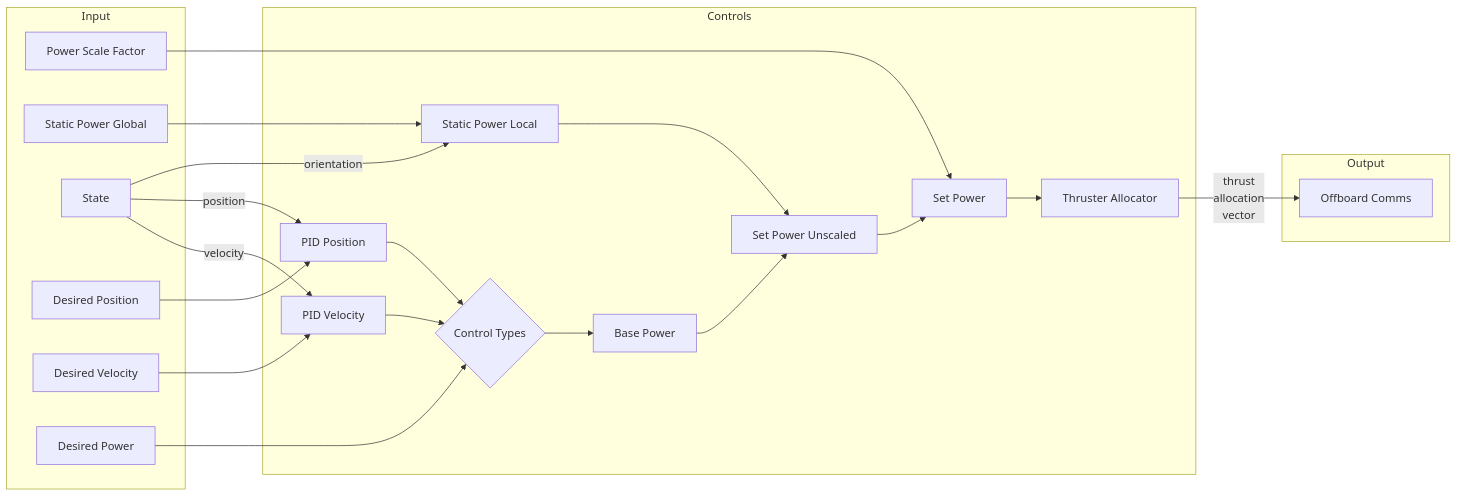
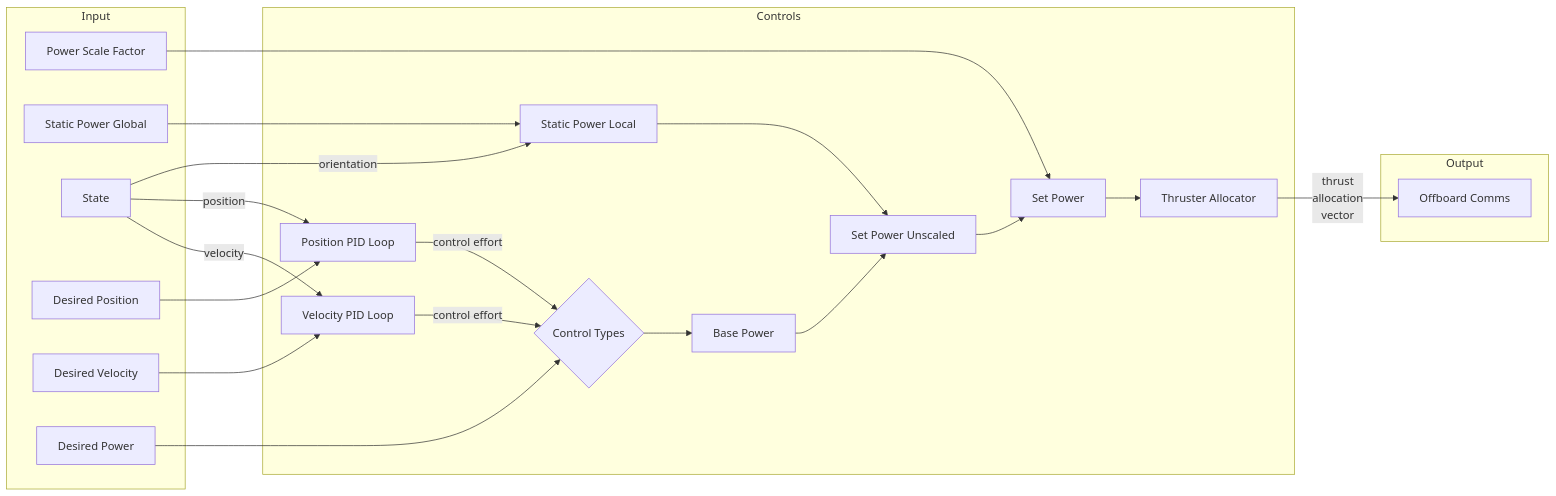
One commit to DukeRobotics/robosub-ros changed the diagram in onboard/catkin_ws/src/controls/README.md. Above: the diagram before and after it, drawn with Mermaid. The commit also changed other lines of this file, not shown here.

````diff
--- a/onboard/catkin_ws/src/controls/README.md
+++ b/onboard/catkin_ws/src/controls/README.md
@@ -53,49 +52,49 @@
 ```mermaid
 flowchart LR
     power_scale_factor[Power Scale Factor] --> set_power[Set Power]
     static_power_global[Static Power Global] ---> static_power_local[Static Power Local]
     state[State] -- orientation --> static_power_local
 
-    state -- position --> pid_position[PID Position]
-    desired_position[Desired Position] --> pid_position[PID Position]
+    state -- position --> position_pid_loop[Position PID Loop]
+    desired_position[Desired Position] --> position_pid_loop
 
-    desired_velocity[Desired Velocity] --> pid_velocity[PID Velocity]
-    state[State] -- velocity --> pid_velocity[PID Velocity]
+    desired_velocity[Desired Velocity] --> velocity_pid_loop[Velocity PID Loop]
+    state[State] -- velocity --> velocity_pid_loop
 
     desired_power[Desired Power] ---> control_types
 
-    pid_position --> control_types{Control Types}
-    pid_velocity --> control_types
+    position_pid_loop -- control effort --> control_types{Control Types}
+    velocity_pid_loop -- control effort --> control_types
 
     control_types --> base_power[Base Power]
     base_power --> set_power_unscaled[Set Power]
     static_power_local --> set_power_unscaled[Set Power Unscaled]
     set_power_unscaled --> set_power
     set_power --> thruster_allocator[Thruster Allocator]
-    thruster_allocator --thrust<br>allocation<br>vector--> offboard_comms[Offboard Comms]
+    thruster_allocator -- thrust <br> allocation <br> vector --> offboard_comms[Offboard Comms]
 
     subgraph Input
         power_scale_factor
         static_power_global
         state
         desired_position
         desired_velocity
         desired_power
     end
 
     subgraph Controls
-        pid_position
-        pid_velocity
+        position_pid_loop
+        velocity_pid_loop
         control_types
         static_power_local
         base_power
         set_power_unscaled
         set_power
         thruster_allocator
     end
 
     subgraph Output
         offboard_comms
     end
 
 ```
````
